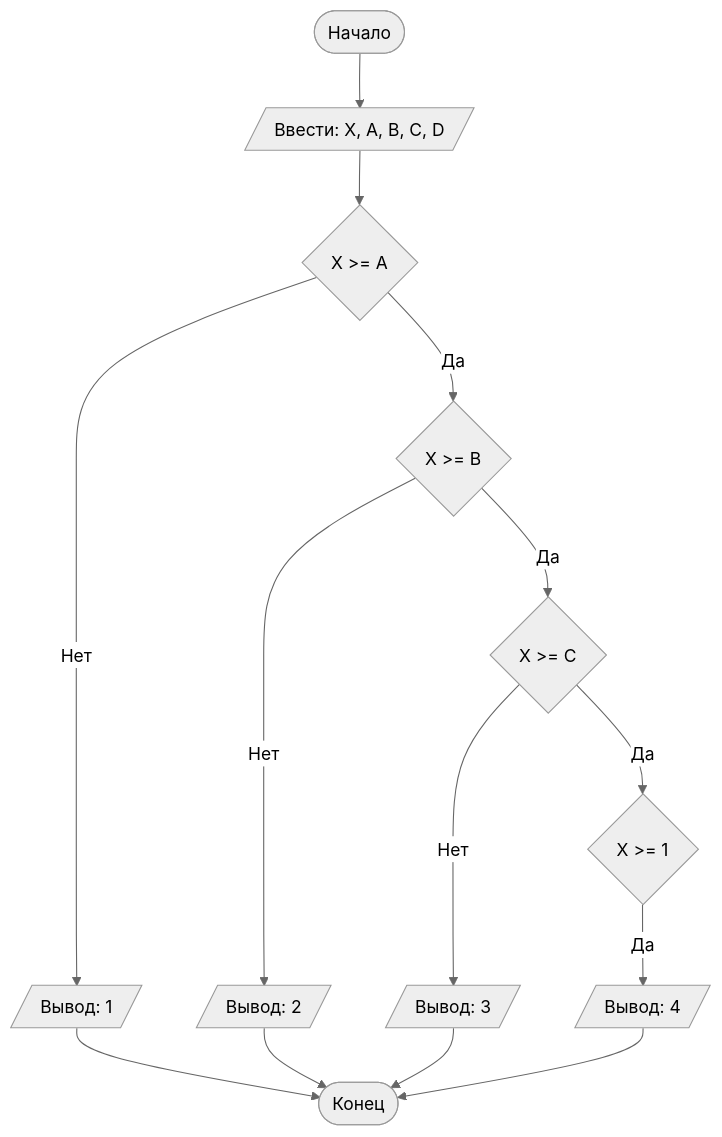
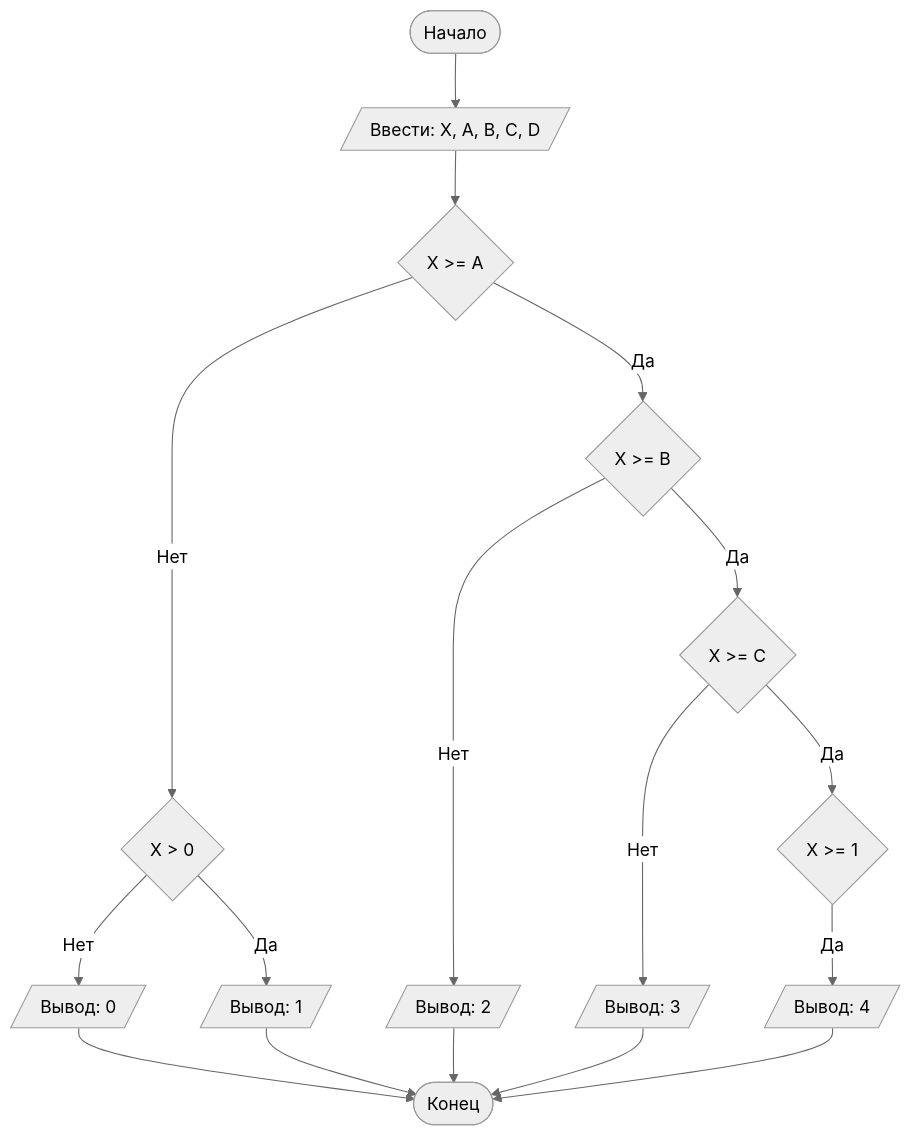
One commit to abchaccccc/LabNumber1 changed the diagram in README.md. Above: the diagram before and after it, drawn with Mermaid (neutral theme). The commit also changed other lines of this file, not shown here.

````diff
--- a/README.md
+++ b/README.md
@@ -89,18 +89,21 @@
 ```mermaid
 graph TD
     A([Начало]) --> B[/Ввести: X, A, B, C, D/]
     B --> C{X >= A}
-    C -- Нет --> D[/Вывод: 1/]
+    C -- Нет --> D{X > 0}
+    D -- Нет --> M[/Вывод: 0/]
+    D -- Да --> N[/Вывод: 1/]
     C -- Да --> E{X >= B}
     E -- Нет --> F[/Вывод: 2/]
     E -- Да --> G{X >= C}
     G -- Нет --> H[/Вывод: 3/]
     G -- Да --> I{X >= 1}
     I -- Да --> J[/Вывод: 4/]
-    D --> Z
+    M --> Z
+    N --> Z
     F --> Z
     H --> Z
     J --> Z([Конец])
     
 
 ```
````
